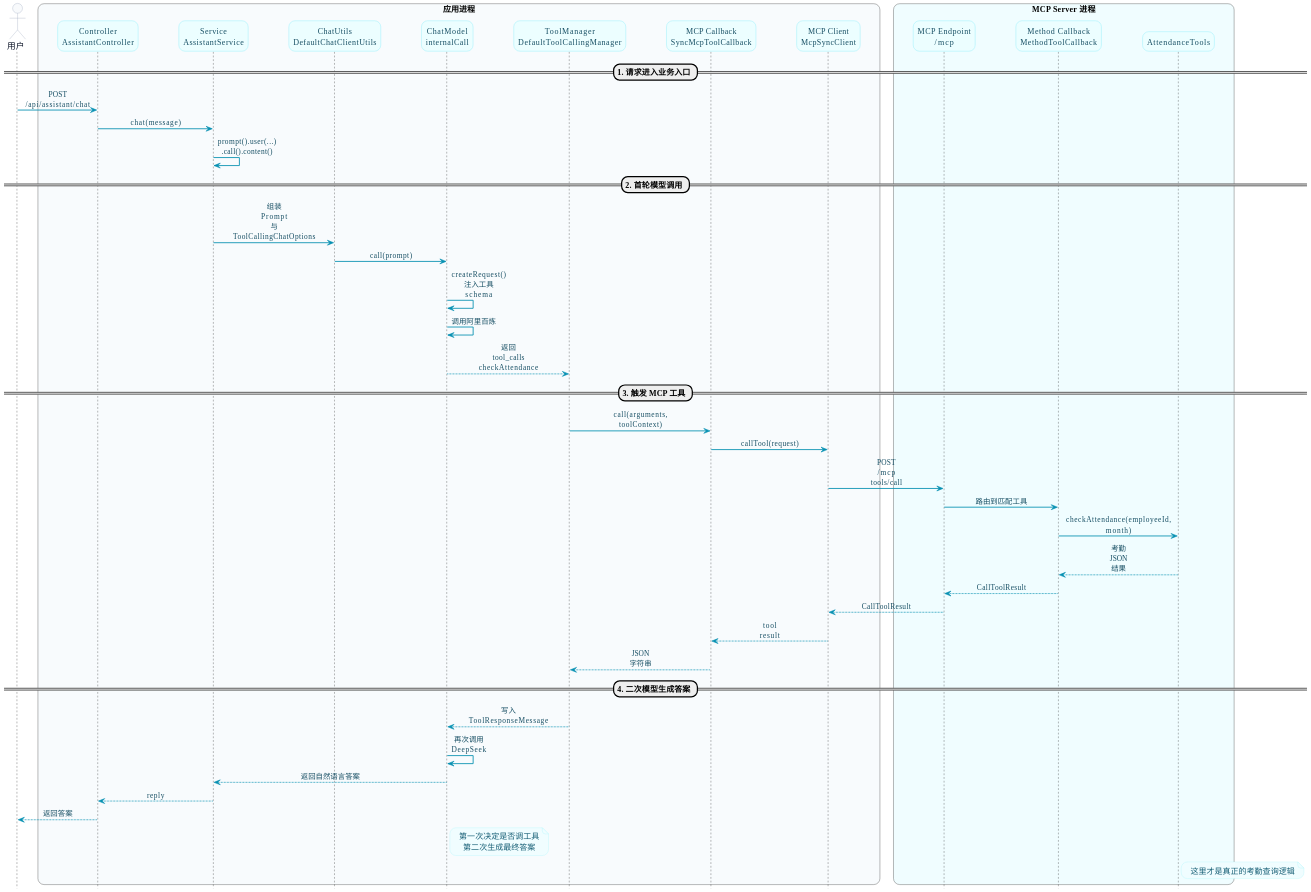
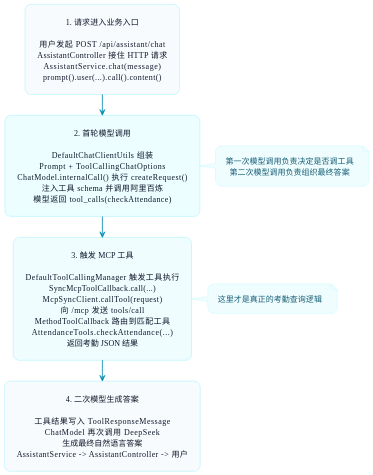
One commit to shining-stars-l/javaup changed the second of 2 diagrams in docs/55-超级智能体/25-MCP详细解析/07-MCP调用链路源码解密.md. Above: the diagram before and after it, drawn with PlantUML.

Commit message:
修复流程图显示

````diff
--- a/docs/55-超级智能体/25-MCP详细解析/07-MCP调用链路源码解密.md
+++ b/docs/55-超级智能体/25-MCP详细解析/07-MCP调用链路源码解密.md
@@ -358,6 +358,6 @@
-```plantuml title="查考勤请求的真实运行期时序图" width="100%" align="left"
+```plantuml title="查考勤请求的真实运行期流程图" width="100%" align="left"
 @startuml
-hide footbox
+top to bottom direction
 skinparam backgroundColor transparent
 skinparam shadowing false
 skinparam dpi 160
@@ -365,83 +365,41 @@
 skinparam defaultFontName "Microsoft YaHei"
 skinparam defaultFontSize 13
 skinparam defaultTextAlignment center
-skinparam sequenceMessageAlign center
-skinparam responseMessageBelowArrow true
-skinparam ParticipantPadding 28
-skinparam BoxPadding 10
-skinparam maxMessageSize 26
+skinparam linetype ortho
+skinparam Padding 10
+skinparam nodesep 26
+skinparam ranksep 34
 skinparam ArrowColor #0891B2
 skinparam ArrowThickness 1.4
 skinparam ArrowFontColor #164E63
 skinparam ArrowFontSize 12
-skinparam ParticipantBorderColor #67E8F9
-skinparam ParticipantBackgroundColor #ECFEFF
-skinparam ParticipantFontColor #164E63
-skinparam ParticipantFontSize 13
-skinparam ActorBorderColor #94A3B8
-skinparam ActorBackgroundColor #F8FAFC
-skinparam ActorFontColor #0F172A
-skinparam ActorFontSize 14
-skinparam LifeLineBorderColor #CFE8F3
-skinparam LifeLineBackgroundColor #FFFFFF
+skinparam rectangle {
+  BackgroundColor #FFFFFF
+  BorderColor #67E8F9
+  FontColor #0F172A
+}
 skinparam NoteBorderColor #A5F3FC
 skinparam NoteBackgroundColor #F0FDFF
 skinparam NoteFontColor #155E75
 
-actor 用户 as User
-box "应用进程" #F8FBFD
-participant "Controller\nAssistantController" as Controller
-participant "Service\nAssistantService" as Service
-participant "ChatUtils\nDefaultChatClientUtils" as ChatUtils
-participant "ChatModel\ninternalCall" as ChatModel
-participant "ToolManager\nDefaultToolCallingManager" as ToolManager
-participant "MCP Callback\nSyncMcpToolCallback" as Callback
-participant "MCP Client\nMcpSyncClient" as McpClient
-end box
+rectangle "1. 请求进入业务入口\n\n用户发起 POST /api/assistant/chat\nAssistantController 接住 HTTP 请求\nAssistantService.chat(message)\nprompt().user(...).call().content()" as Step1 #F8FBFD
 
-box "MCP Server 进程" #F0FDFF
-participant "MCP Endpoint\n/mcp" as McpEndpoint
-participant "Method Callback\nMethodToolCallback" as MethodCallback
-participant "AttendanceTools" as Attendance
-end box
+rectangle "2. 首轮模型调用\n\nDefaultChatClientUtils 组装\nPrompt + ToolCallingChatOptions\nChatModel.internalCall() 执行 createRequest()\n注入工具 schema 并调用阿里百炼\n模型返回 tool_calls(checkAttendance)" as Step2 #ECFEFF
 
-== 1. 请求进入业务入口 ==
-User -> Controller : POST /api/assistant/chat
-Controller -> Service : chat(message)
-Service -> Service : prompt().user(...)\n.call().content()
+rectangle "3. 触发 MCP 工具\n\nDefaultToolCallingManager 触发工具执行\nSyncMcpToolCallback.call(...)\nMcpSyncClient.callTool(request)\n向 /mcp 发送 tools/call\nMethodToolCallback 路由到匹配工具\nAttendanceTools.checkAttendance(...)\n返回考勤 JSON 结果" as Step3 #F0FDFF
 
-== 2. 首轮模型调用 ==
-Service -> ChatUtils : 组装 Prompt 与 ToolCallingChatOptions
-ChatUtils -> ChatModel : call(prompt)
-ChatModel -> ChatModel : createRequest()\n注入工具 schema
-ChatModel -> ChatModel : 调用阿里百炼
-ChatModel --> ToolManager : 返回 tool_calls\ncheckAttendance
+rectangle "4. 二次模型生成答案\n\n工具结果写入 ToolResponseMessage\nChatModel 再次调用 DeepSeek\n生成最终自然语言答案\nAssistantService -> AssistantController -> 用户" as Step4 #F8FBFD
 
-== 3. 触发 MCP 工具 ==
-ToolManager -> Callback : call(arguments, toolContext)
-Callback -> McpClient : callTool(request)
-McpClient -> McpEndpoint : POST /mcp tools/call
-McpEndpoint -> MethodCallback : 路由到匹配工具
-MethodCallback -> Attendance : checkAttendance(employeeId, month)
-Attendance --> MethodCallback : 考勤 JSON 结果
-MethodCallback --> McpEndpoint : CallToolResult
-McpEndpoint --> McpClient : CallToolResult
-McpClient --> Callback : tool result
-Callback --> ToolManager : JSON 字符串
+Step1 -down-> Step2
+Step2 -down-> Step3
+Step3 -down-> Step4
 
-== 4. 二次模型生成答案 ==
-ToolManager --> ChatModel : 写入 ToolResponseMessage
-ChatModel -> ChatModel : 再次调用 DeepSeek
-ChatModel --> Service : 返回自然语言答案
-Service --> Controller : reply
-Controller --> User : 返回答案
-
-note right of ChatModel
-第一次决定是否调工具
-第二次生成最终答案
+note right of Step2
+第一次模型调用负责决定是否调工具
+第二次模型调用负责组织最终答案
 end note
 
-note right of Attendance
+note right of Step3
 这里才是真正的考勤查询逻辑
 end note
 @enduml
````
